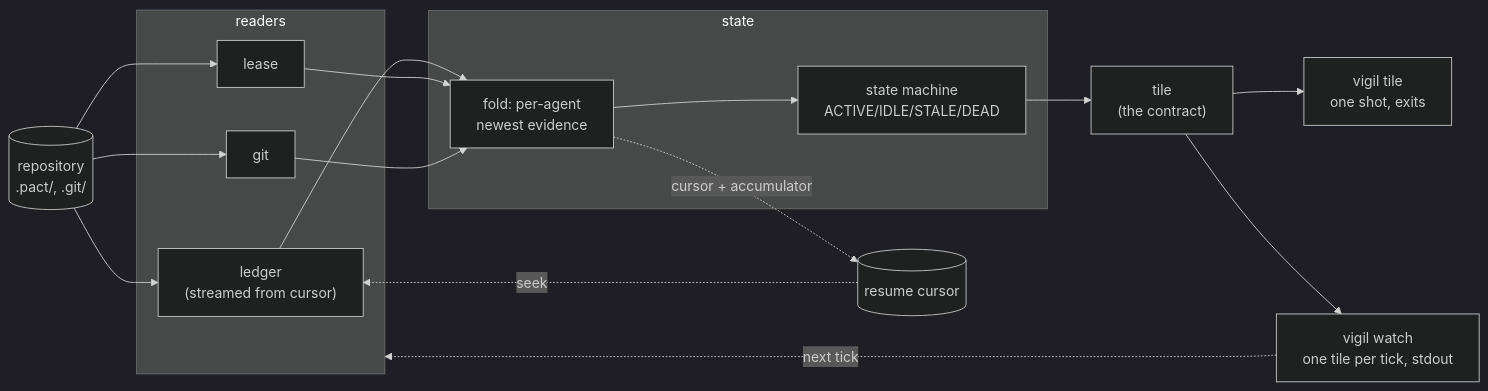
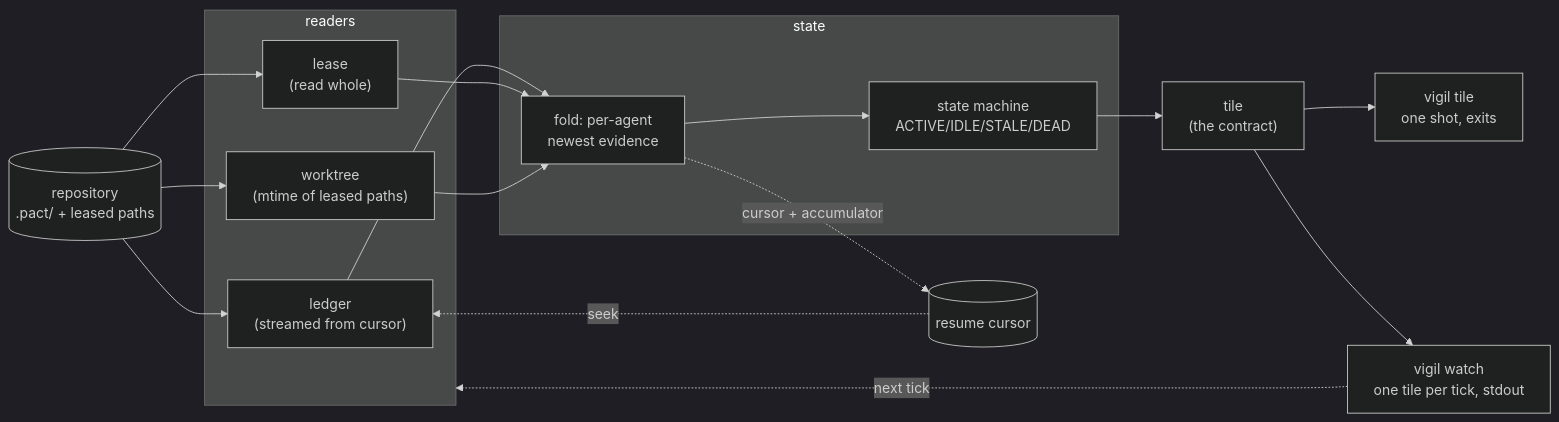
The second of 2 diagrams in docs/spec.md (chussenot/quivive), drawn with Mermaid (dark theme) before and after one commit. The commit also changed other lines of this file and 10 other files, not shown here.

````diff
--- a/docs/spec.md
+++ b/docs/spec.md
@@ -93,33 +139,33 @@
 ```mermaid
 flowchart LR
-    repo[("repository<br/>.pact/, .git/")]
+    repo[("repository<br/>.pact/ + leased paths")]
 
     subgraph readers["readers"]
         L["ledger<br/>(streamed from cursor)"]
-        S["lease"]
-        G["git"]
+        S["lease<br/>(read whole)"]
+        G["worktree<br/>(mtime of leased paths)"]
     end
 
     repo --> L
     repo --> S
     repo --> G
 
     L --> fold
     S --> fold
     G --> fold
 
     subgraph state["state"]
         fold["fold: per-agent<br/>newest evidence"]
         sm["state machine<br/>ACTIVE/IDLE/STALE/DEAD"]
         fold --> sm
     end
 
     sm --> tile["tile<br/>(the contract)"]
 
     tile --> once["vigil tile<br/>one shot, exits"]
     tile --> loop["vigil watch<br/>one tile per tick, stdout"]
     loop -.->|next tick| readers
 
     fold -.->|cursor + accumulator| cursor[("resume cursor")]
     cursor -.->|seek| L
 ```
````
